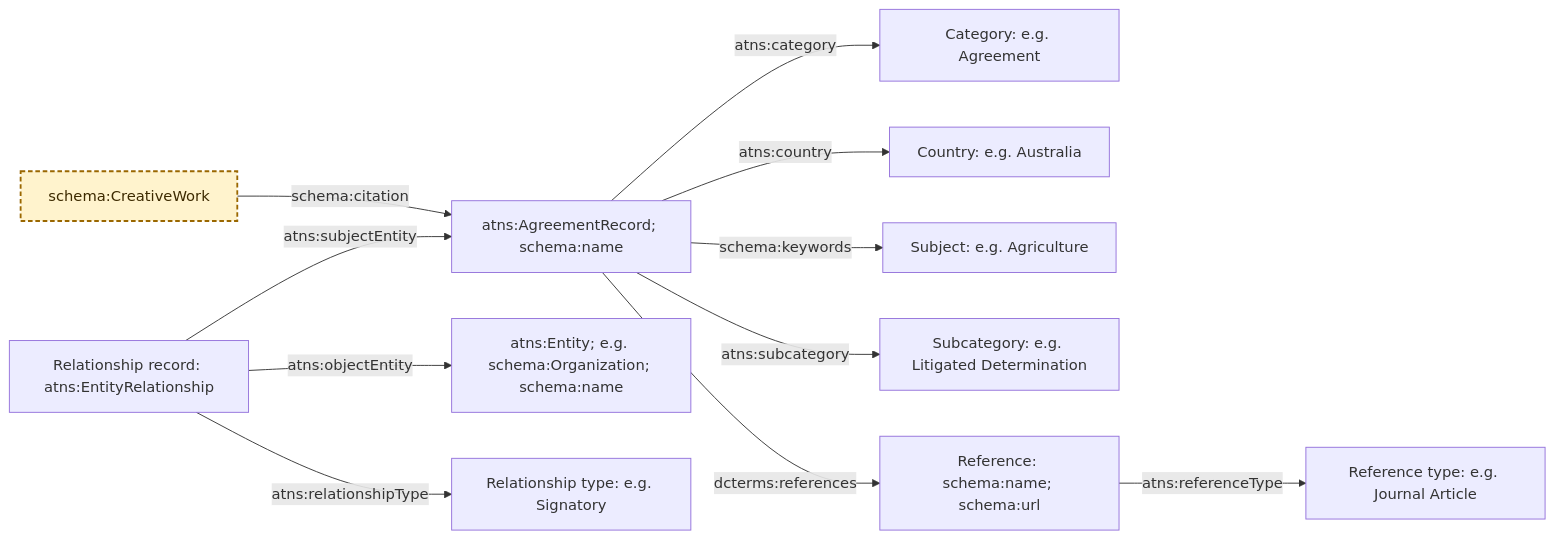
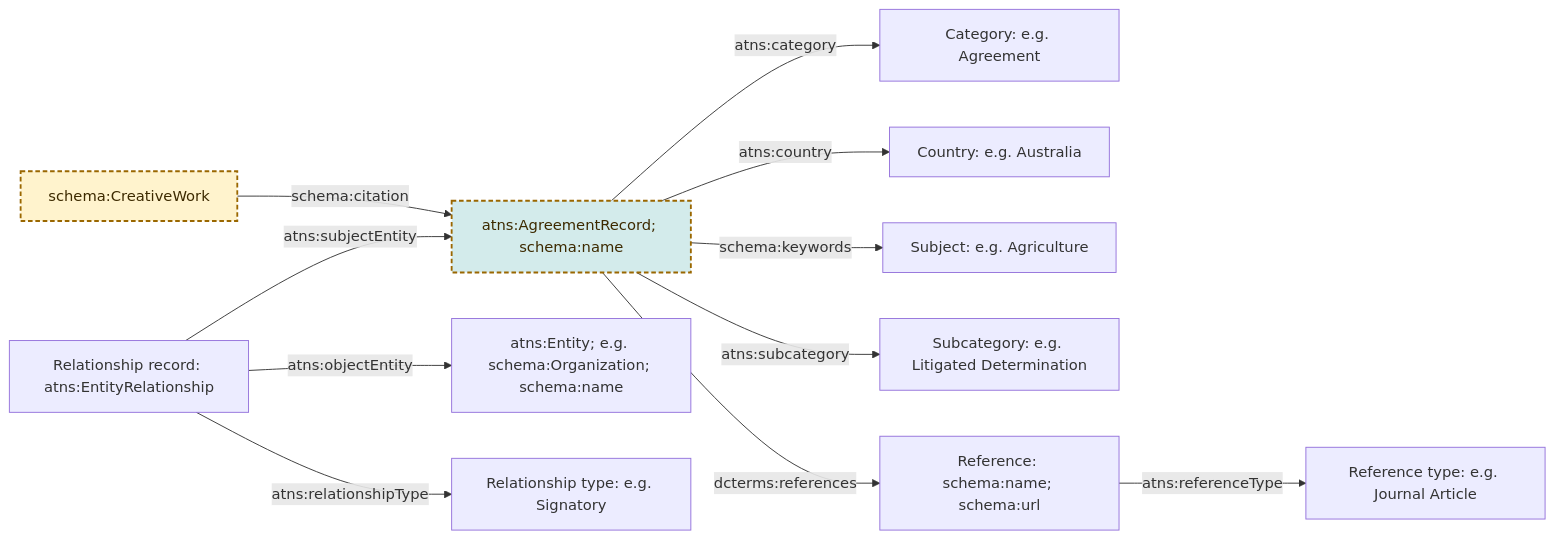
One commit to idn-au/atns-preservation changed the diagram in README.md. Above: the diagram before and after it, drawn with Mermaid.

Commit message:
Update README with new class definitions
Added styling for external classes in the diagram.

````diff
--- a/README.md
+++ b/README.md
@@ -18,34 +18,37 @@
 ```mermaid
 flowchart LR
     work["schema:CreativeWork"]
     agreement["atns:AgreementRecord; schema:name"]
 
     category["Category: e.g. Agreement"]
     country["Country: e.g. Australia"]
     subject["Subject: e.g. Agriculture"]
     subcategory["Subcategory: e.g. Litigated Determination"]
 
     reference["Reference: schema:name; schema:url"]
     referenceType["Reference type: e.g. Journal Article"]
 
     relationship["Relationship record: atns:EntityRelationship"]
     relatedEntity["atns:Entity; e.g. schema:Organization; schema:name"]
     relationshipType["Relationship type: e.g. Signatory"]
 
     work -->|schema:citation| agreement
 
     agreement -->|atns:category| category
     agreement -->|atns:country| country
     agreement -->|schema:keywords| subject
     agreement -->|atns:subcategory| subcategory
 
     agreement -->|dcterms:references| reference
     reference -->|atns:referenceType| referenceType
 
     relationship -->|atns:subjectEntity| agreement
     relationship -->|atns:objectEntity| relatedEntity
     relationship -->|atns:relationshipType| relationshipType
 
     classDef external fill:#fff3cd,stroke:#9a6700,color:#3d2a00,stroke-width:2px,stroke-dasharray:5 3
     class work external
+
+    classDef external2 fill:#d3ebeb,stroke:#9a6700,color:#3d2a00,stroke-width:2px,stroke-dasharray:5 3
+    class agreement external2
 ```
````
